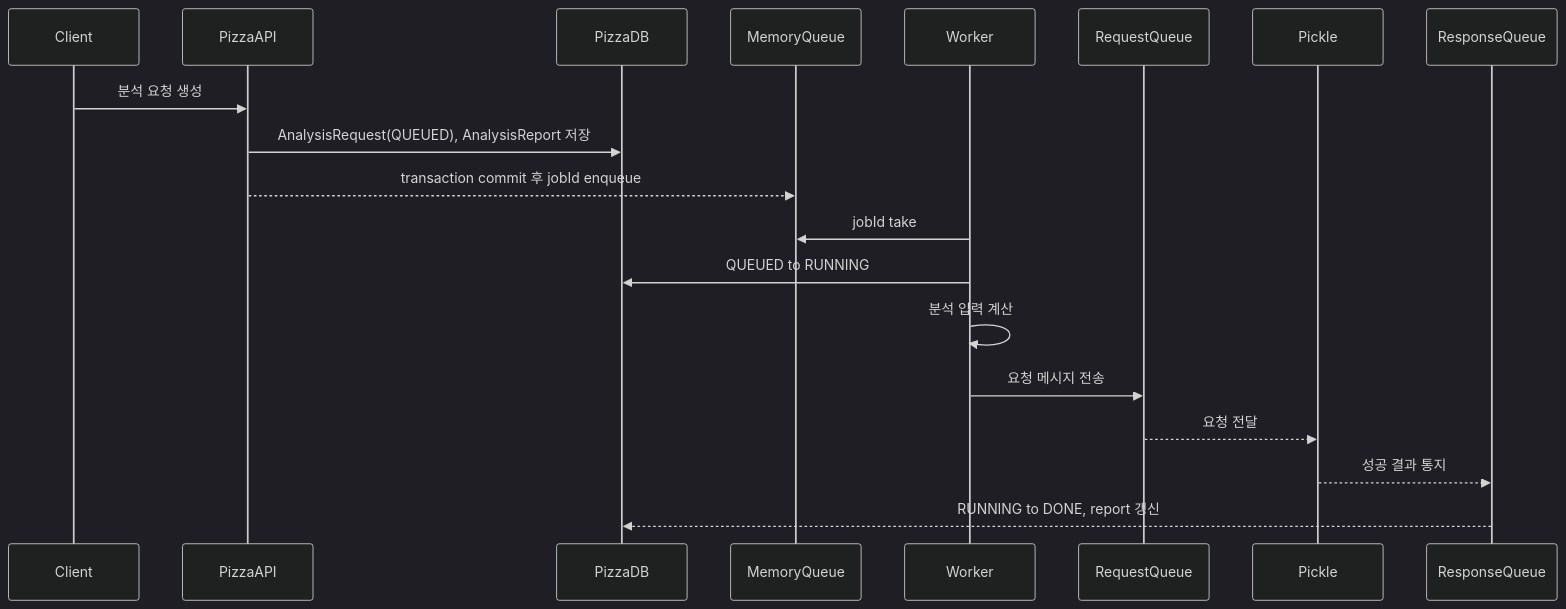
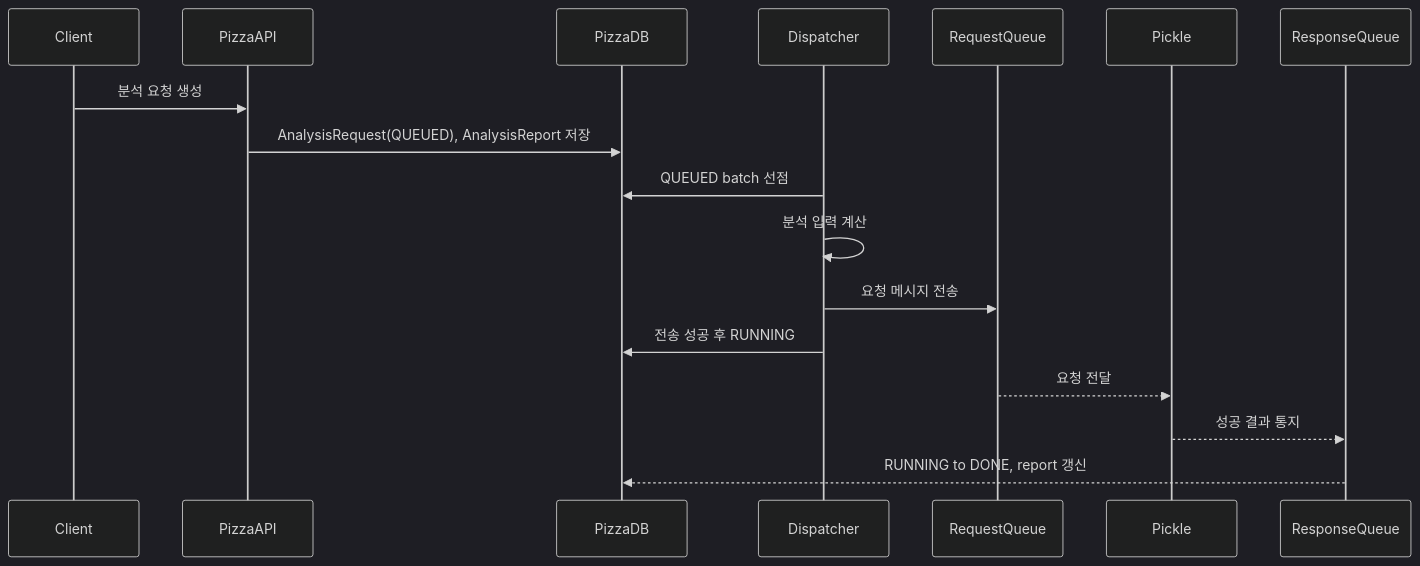
The first of 2 diagrams in docs/analysis-pipeline/lifecycle.md (dawwson/psycho.pizza), drawn with Mermaid (dark theme) before and after one commit. The commit also changed other lines of this file and 28 other files, not shown here.

````diff
--- a/docs/analysis-pipeline/lifecycle.md
+++ b/docs/analysis-pipeline/lifecycle.md
@@ -13,22 +13,20 @@
 ```mermaid
 sequenceDiagram
     participant Client
     participant PizzaAPI
     participant PizzaDB
-    participant MemoryQueue
-    participant Worker
+    participant Dispatcher
     participant RequestQueue
     participant Pickle
     participant ResponseQueue
 
     Client->>PizzaAPI: 분석 요청 생성
     PizzaAPI->>PizzaDB: AnalysisRequest(QUEUED), AnalysisReport 저장
-    PizzaAPI-->>MemoryQueue: transaction commit 후 jobId enqueue
-    Worker->>MemoryQueue: jobId take
-    Worker->>PizzaDB: QUEUED to RUNNING
-    Worker->>Worker: 분석 입력 계산
-    Worker->>RequestQueue: 요청 메시지 전송
+    Dispatcher->>PizzaDB: QUEUED batch 선점
+    Dispatcher->>Dispatcher: 분석 입력 계산
+    Dispatcher->>RequestQueue: 요청 메시지 전송
+    Dispatcher->>PizzaDB: 전송 성공 후 RUNNING
     RequestQueue-->>Pickle: 요청 전달
     Pickle-->>ResponseQueue: 성공 결과 통지
     ResponseQueue-->>PizzaDB: RUNNING to DONE, report 갱신
 ```
````
